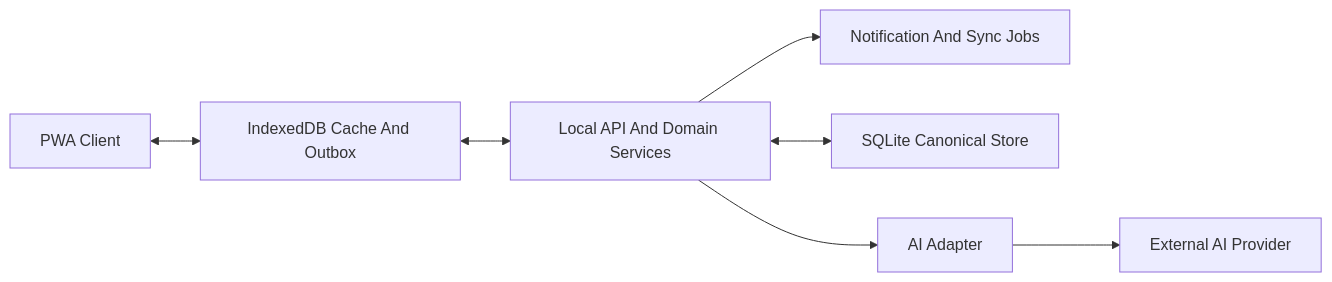
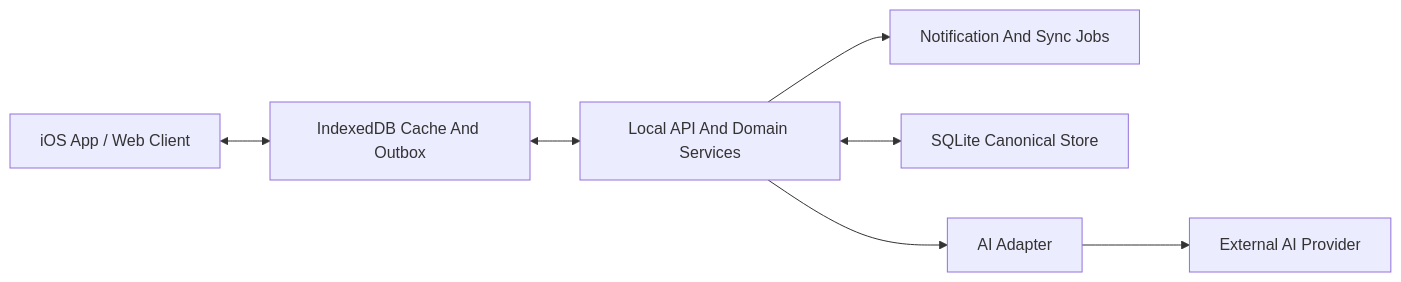
Before and after one commit to loveandrobots/olivia: the diagram in docs/strategy/system-architecture.md, drawn with Mermaid. The commit also changed other lines of this file and 7 other files, not shown here.

````diff
--- a/docs/strategy/system-architecture.md
+++ b/docs/strategy/system-architecture.md
@@ -88,17 +88,17 @@
 ```mermaid
 flowchart LR
-    pwa[PWA Client]
+    pwa[iOS App / Web Client]
     cache[IndexedDB Cache And Outbox]
     api[Local API And Domain Services]
     jobs[Notification And Sync Jobs]
     db[SQLite Canonical Store]
     ai[AI Adapter]
     ext[External AI Provider]
 
     pwa <--> cache
     cache <--> api
     api <--> db
     api --> jobs
     api --> ai
     ai --> ext
 ```
````
